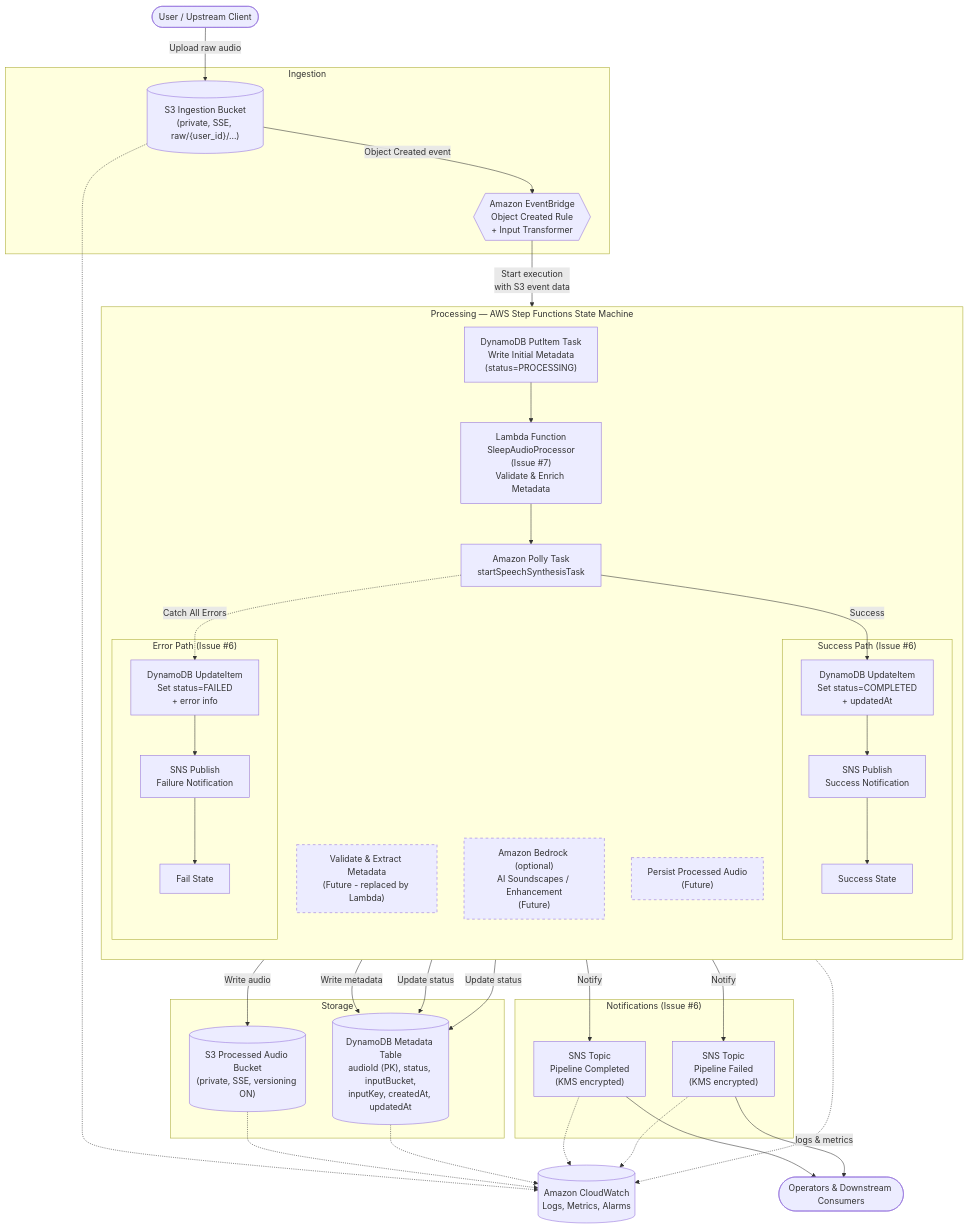
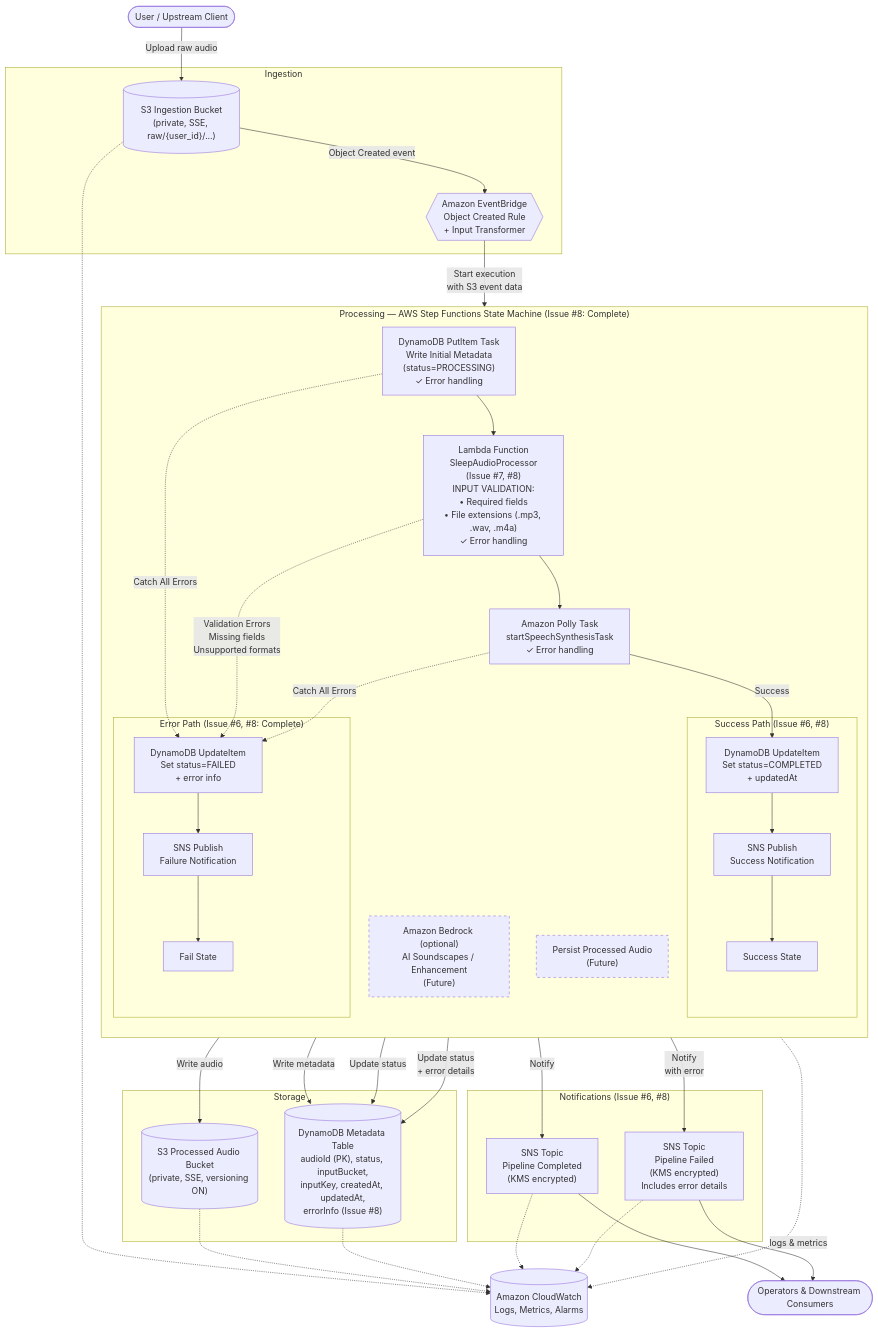
Before and after one commit to obstreperous-ai/cdk-sleep-java-copilot: the diagram in ARCHITECTURE.md, drawn with Mermaid. The commit also changed other lines of this file, not shown here.

Commit message:
docs: update ARCHITECTURE.md with complete pipeline and validation details (Issue #8)

````diff
--- a/ARCHITECTURE.md
+++ b/ARCHITECTURE.md
@@ -69,76 +85,78 @@
 ```mermaid
 flowchart TD
     User([User / Upstream Client])
 
     subgraph Ingestion
         S3In[("S3 Ingestion Bucket<br/>(private, SSE, raw/{user_id}/...)")]
         EB{{"Amazon EventBridge<br/>Object Created Rule<br/>+ Input Transformer"}}
     end
 
-    subgraph Processing["Processing — AWS Step Functions State Machine"]
+    subgraph Processing["Processing — AWS Step Functions State Machine (Issue #8: Complete)"]
         direction TB
-        PutMetadata["DynamoDB PutItem Task<br/>Write Initial Metadata<br/>(status=PROCESSING)"]
-        ProcessAudio["Lambda Function<br/>SleepAudioProcessor<br/>(Issue #7)<br/>Validate & Enrich Metadata"]
-        Polly["Amazon Polly Task<br/>startSpeechSynthesisTask"]
+        PutMetadata["DynamoDB PutItem Task<br/>Write Initial Metadata<br/>(status=PROCESSING)<br/>✓ Error handling"]
+        ProcessAudio["Lambda Function<br/>SleepAudioProcessor<br/>(Issue #7, #8)<br/>INPUT VALIDATION:<br/>• Required fields<br/>• File extensions (.mp3, .wav, .m4a)<br/>✓ Error handling"]
+        Polly["Amazon Polly Task<br/>startSpeechSynthesisTask<br/>✓ Error handling"]
         
-        subgraph SuccessPath["Success Path (Issue #6)"]
+        subgraph SuccessPath["Success Path (Issue #6, #8)"]
             UpdateCompleted["DynamoDB UpdateItem<br/>Set status=COMPLETED<br/>+ updatedAt"]
             PublishSuccess["SNS Publish<br/>Success Notification"]
             Success["Success State"]
             UpdateCompleted --> PublishSuccess --> Success
         end
         
-        subgraph ErrorPath["Error Path (Issue #6)"]
+        subgraph ErrorPath["Error Path (Issue #6, #8: Complete)"]
             UpdateFailed["DynamoDB UpdateItem<br/>Set status=FAILED<br/>+ error info"]
             PublishFailure["SNS Publish<br/>Failure Notification"]
             Fail["Fail State"]
             UpdateFailed --> PublishFailure --> Fail
         end
         
         PutMetadata --> ProcessAudio
         ProcessAudio --> Polly
         Polly -->|Success| UpdateCompleted
+        
+        %% Error handling (Issue #8)
+        PutMetadata -.->|Catch All Errors| UpdateFailed
+        ProcessAudio -.->|Validation Errors<br/>Missing fields<br/>Unsupported formats| UpdateFailed
         Polly -.->|Catch All Errors| UpdateFailed
         
         %% Future states (not yet implemented)
-        Validate["Validate & Extract Metadata<br/>(Future - replaced by Lambda)"]
         Bedrock["Amazon Bedrock (optional)<br/>AI Soundscapes / Enhancement<br/>(Future)"]
         Persist["Persist Processed Audio<br/>(Future)"]
         
-        style Validate stroke-dasharray: 5 5
         style Bedrock stroke-dasharray: 5 5
         style Persist stroke-dasharray: 5 5
     end
 
     subgraph Storage
         S3Out[("S3 Processed Audio Bucket<br/>(private, SSE, versioning ON)")]
-        DDB[("DynamoDB Metadata Table<br/>audioId (PK), status, inputBucket,<br/>inputKey, createdAt, updatedAt")]
+        DDB[("DynamoDB Metadata Table<br/>audioId (PK), status, inputBucket,<br/>inputKey, createdAt, updatedAt,<br/>errorInfo (Issue #8)")]
     end
 
-    subgraph Notifications["Notifications (Issue #6)"]
+    subgraph Notifications["Notifications (Issue #6, #8)"]
         SNSCompleted["SNS Topic<br/>Pipeline Completed<br/>(KMS encrypted)"]
-        SNSFailed["SNS Topic<br/>Pipeline Failed<br/>(KMS encrypted)"]
+        SNSFailed["SNS Topic<br/>Pipeline Failed<br/>(KMS encrypted)<br/>Includes error details"]
     end
 
     Ops([Operators & Downstream Consumers])
     CW[("Amazon CloudWatch<br/>Logs, Metrics, Alarms")]
 
     User -->|Upload raw audio| S3In
     S3In -->|Object Created event| EB
     EB -->|Start execution<br/>with S3 event data| PutMetadata
     PutMetadata -->|Write metadata| DDB
     UpdateCompleted -->|Update status| DDB
-    UpdateFailed -->|Update status| DDB
+    UpdateFailed -->|Update status<br/>+ error details| DDB
     Polly -->|Write audio| S3Out
     PublishSuccess -->|Notify| SNSCompleted
-    PublishFailure -->|Notify| SNSFailed
+    PublishFailure -->|Notify<br/>with error| SNSFailed
     SNSCompleted --> Ops
     SNSFailed --> Ops
 
     Processing -.->|logs & metrics| CW
     S3In -.-> CW
     S3Out -.-> CW
     DDB -.-> CW
     SNSCompleted -.-> CW
     SNSFailed -.-> CW
 ```
````
